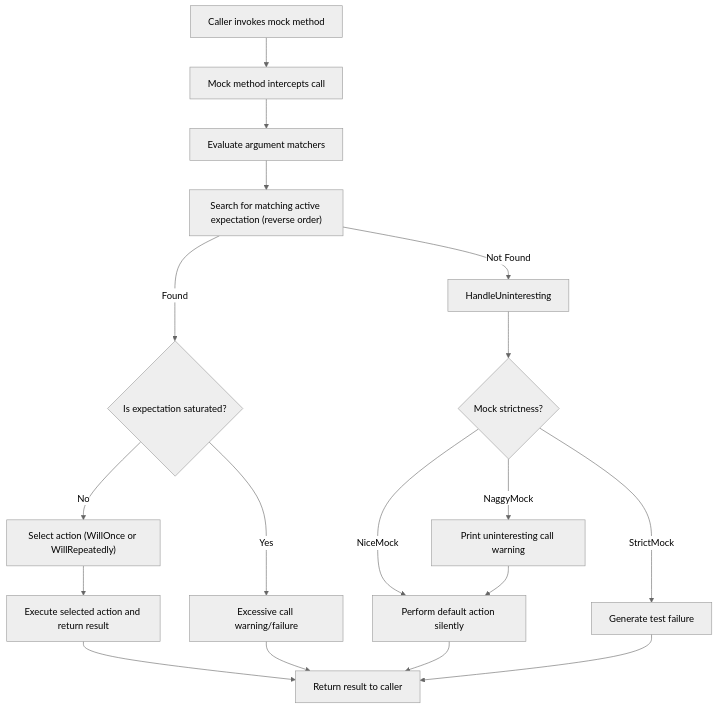
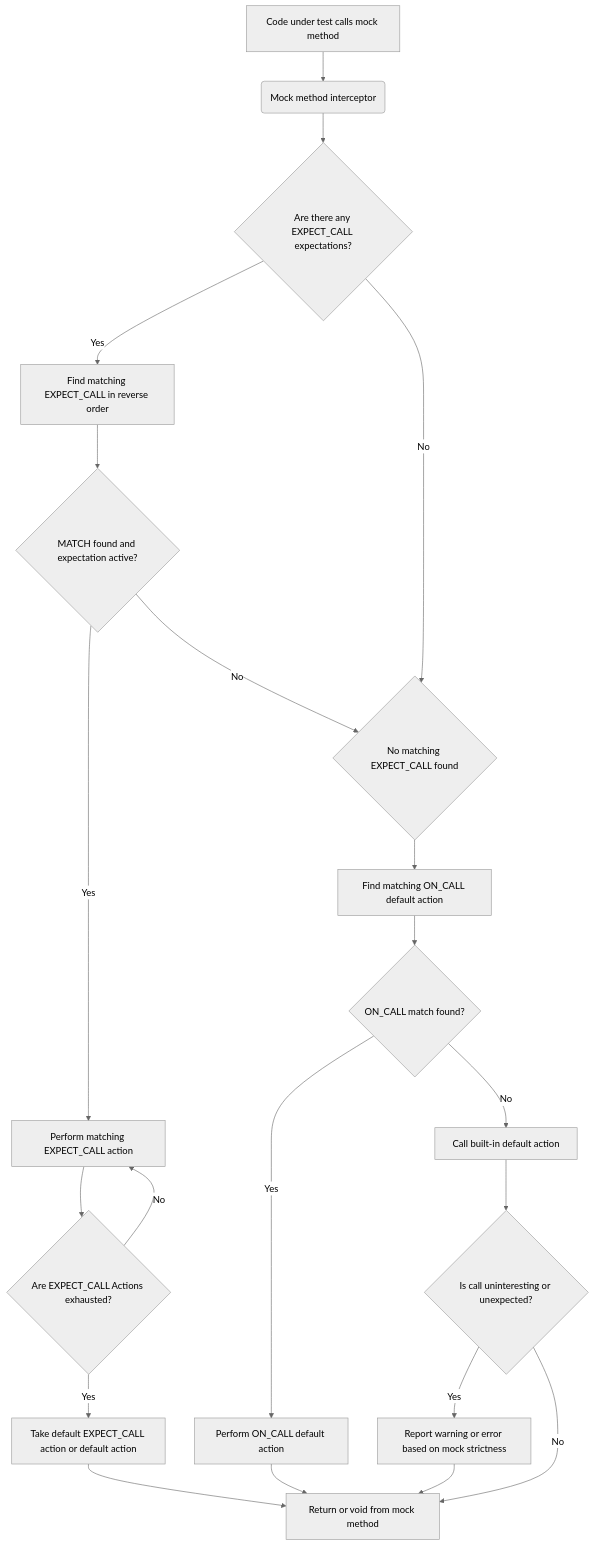
One commit to clidey/docucod-public-project-869ef7c3-7eff-4ad2-9765-2698303f14d7 changed the diagram in concepts/core-architecture/mocking-architecture.mdx. Above: the diagram before and after it, drawn with Mermaid (neutral theme). The commit also changed other lines of this file and 55 other files, not shown here.

````diff
--- a/concepts/core-architecture/mocking-architecture.mdx
+++ b/concepts/core-architecture/mocking-architecture.mdx
@@ -166,30 +198,40 @@
 ```mermaid
 flowchart TD
+  A[Code under test calls mock method]
+  B(Mock method interceptor)
+  C{Are there any EXPECT_CALL expectations?}
+  D[Find matching EXPECT_CALL in reverse order]
+  E{MATCH found and expectation active?}
+  F[Perform matching EXPECT_CALL action]
+  G{Are EXPECT_CALL Actions exhausted?}
+  H[Take default EXPECT_CALL action or default action]
+  I{No matching EXPECT_CALL found}
+  J[Find matching ON_CALL default action]
+  K{ON_CALL match found?}
+  L[Perform ON_CALL default action]
+  M[Call built-in default action]
+  N{Is call uninteresting or unexpected?}
+  O[Report warning or error based on mock strictness]
+  P[Return or void from mock method]
 
-  %% Start of mock method call
-  Call["Caller invokes mock method"] --> Intercept["Mock method intercepts call"]
-
-  Intercept --> EvaluateMatchers["Evaluate argument matchers"]
-
-  EvaluateMatchers --> FindExpectation["Search for matching active expectation (reverse order)"]
-
-  FindExpectation -->|Found| CheckSaturation{Is expectation saturated?}
-  FindExpectation -->|Not Found| HandleUninteresting
-
-  CheckSaturation -->|No| SelectAction["Select action (WillOnce or WillRepeatedly)"]
-  CheckSaturation -->|Yes| ExcessiveCall["Excessive call warning/failure"]
-
-  SelectAction --> ExecuteAction["Execute selected action and return result"]
-
-  HandleUninteresting --> StrictnessCheck{Mock strictness?}
-
-  StrictnessCheck -->|NiceMock| DefaultAction["Perform default action silently"]
-  StrictnessCheck -->|NaggyMock| WarnUser["Print uninteresting call warning"]
-  WarnUser --> DefaultAction
-  StrictnessCheck -->|StrictMock| FailTest["Generate test failure"]
-
-  DefaultAction --> End["Return result to caller"]
-  ExecuteAction --> End
-  ExcessiveCall --> End
-  FailTest --> End
+  A --> B
+  B --> C
+  C -->|Yes| D
+  C -->|No| I
+  D --> E
+  E -->|Yes| F
+  E -->|No| I
+  F --> G
+  G -->|No| F
+  G -->|Yes| H
+  H --> P
+  I --> J
+  J --> K
+  K -->|Yes| L
+  K -->|No| M
+  L --> P
+  M --> N
+  N -->|Yes| O
+  N -->|No| P
+  O --> P
 ```
````
